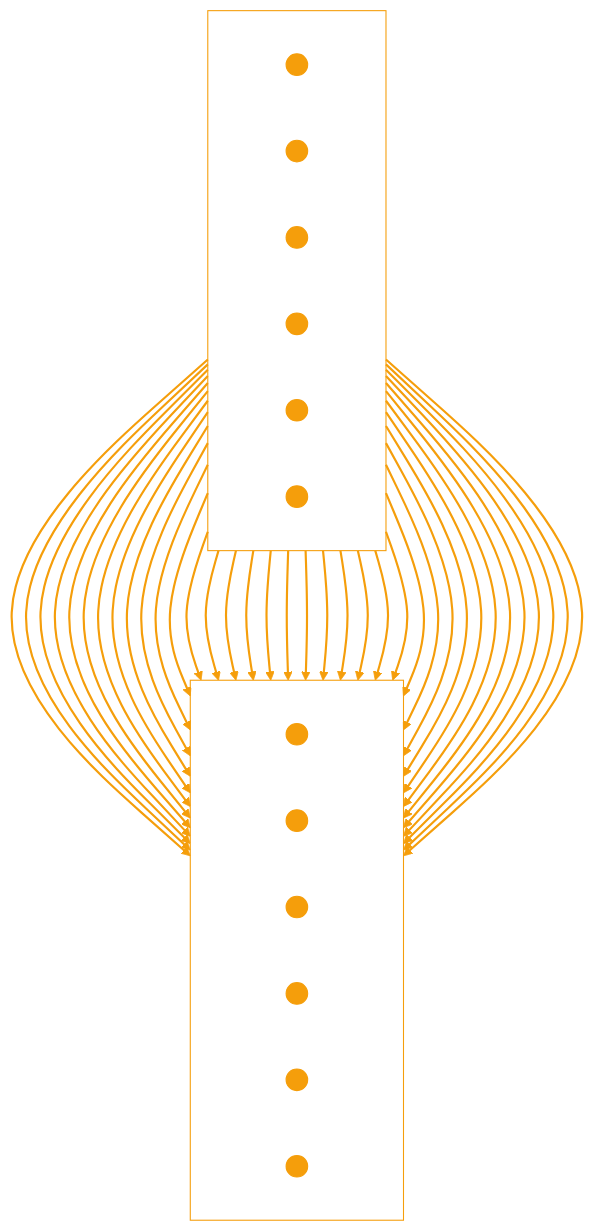
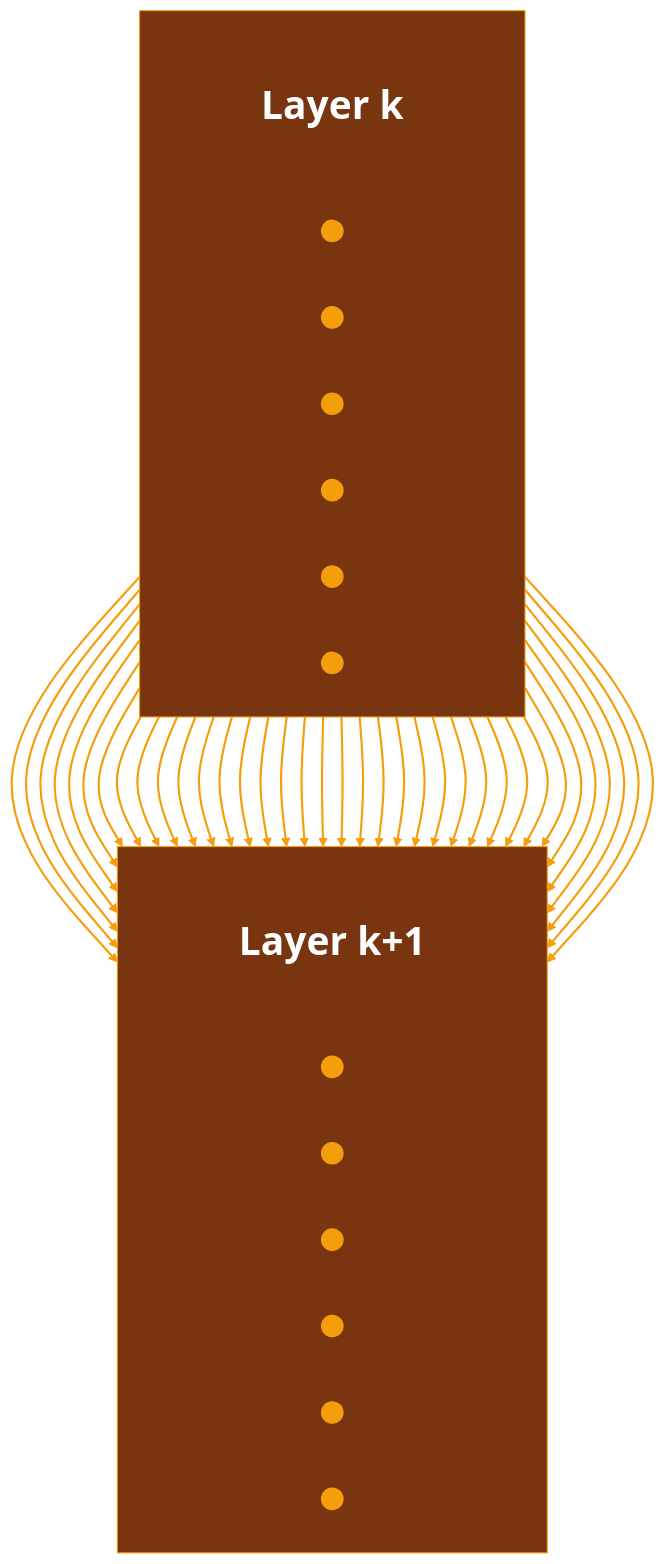
Before and after one commit to kerryback/mgmt675: the second of 3 diagrams in slides/m13-fine-tuning.qmd, drawn with Mermaid. The commit also changed other lines of this file and 1 other file, not shown here.

First line of the commit message:
Redesign LoRA mermaid diagrams: colored backgrounds, labels beside layers

````diff
--- a/slides/m13-fine-tuning.qmd
+++ b/slides/m13-fine-tuning.qmd
@@ -280,45 +280,46 @@
 ```{mermaid}
 %%| fig-width: 16
-%%{init: {'theme': 'base', 'themeVariables': {'fontSize': '42px', 'primaryColor': '#f59e0b', 'primaryTextColor': '#fff', 'lineColor': '#f59e0b', 'clusterBkg': 'transparent', 'clusterBorder': '#f59e0b', 'clusterTextColor': '#fff'}, 'flowchart': {'nodeSpacing': 60, 'rankSpacing': 120, 'padding': 20, 'useMaxWidth': true}}}%%
+%%{init: {'theme': 'base', 'themeVariables': {'fontSize': '42px', 'primaryColor': '#f59e0b', 'primaryTextColor': '#fff', 'lineColor': '#f59e0b', 'clusterBkg': '#78350f', 'clusterBorder': '#f59e0b', 'clusterTextColor': '#fff'}, 'flowchart': {'nodeSpacing': 60, 'rankSpacing': 120, 'padding': 20, 'useMaxWidth': true}}}%%
 graph TB
-  subgraph Layer_k["Layer k"]
+  subgraph layer_k[" "]
     direction LR
+    LK["Layer k"]:::label
     A1((" "))
     A2((" "))
     A3((" "))
     A4((" "))
     A5((" "))
     A6((" "))
   end
-  subgraph Layer_k1["Layer k+1"]
+  subgraph layer_k1[" "]
     direction LR
+    LK1["Layer k+1"]:::label
     B1((" "))
     B2((" "))
     B3((" "))
     B4((" "))
     B5((" "))
     B6((" "))
   end
   A1 --> B1 & B2 & B3 & B4 & B5 & B6
   A2 --> B1 & B2 & B3 & B4 & B5 & B6
   A3 --> B1 & B2 & B3 & B4 & B5 & B6
   A4 --> B1 & B2 & B3 & B4 & B5 & B6
   A5 --> B1 & B2 & B3 & B4 & B5 & B6
   A6 --> B1 & B2 & B3 & B4 & B5 & B6
 
+  classDef label fill:none,stroke:none,color:#fff,font-size:36px,font-weight:bold
   linkStyle default stroke:#f59e0b,stroke-width:2px
   style A1 fill:#f59e0b,stroke:#f59e0b
   style A2 fill:#f59e0b,stroke:#f59e0b
   style A3 fill:#f59e0b,stroke:#f59e0b
   style A4 fill:#f59e0b,stroke:#f59e0b
   style A5 fill:#f59e0b,stroke:#f59e0b
   style A6 fill:#f59e0b,stroke:#f59e0b
   style B1 fill:#f59e0b,stroke:#f59e0b
   style B2 fill:#f59e0b,stroke:#f59e0b
   style B3 fill:#f59e0b,stroke:#f59e0b
   style B4 fill:#f59e0b,stroke:#f59e0b
   style B5 fill:#f59e0b,stroke:#f59e0b
   style B6 fill:#f59e0b,stroke:#f59e0b
-  style Layer_k fill:transparent,stroke:#f59e0b,color:#fff
-  style Layer_k1 fill:transparent,stroke:#f59e0b,color:#fff
 ```
````
